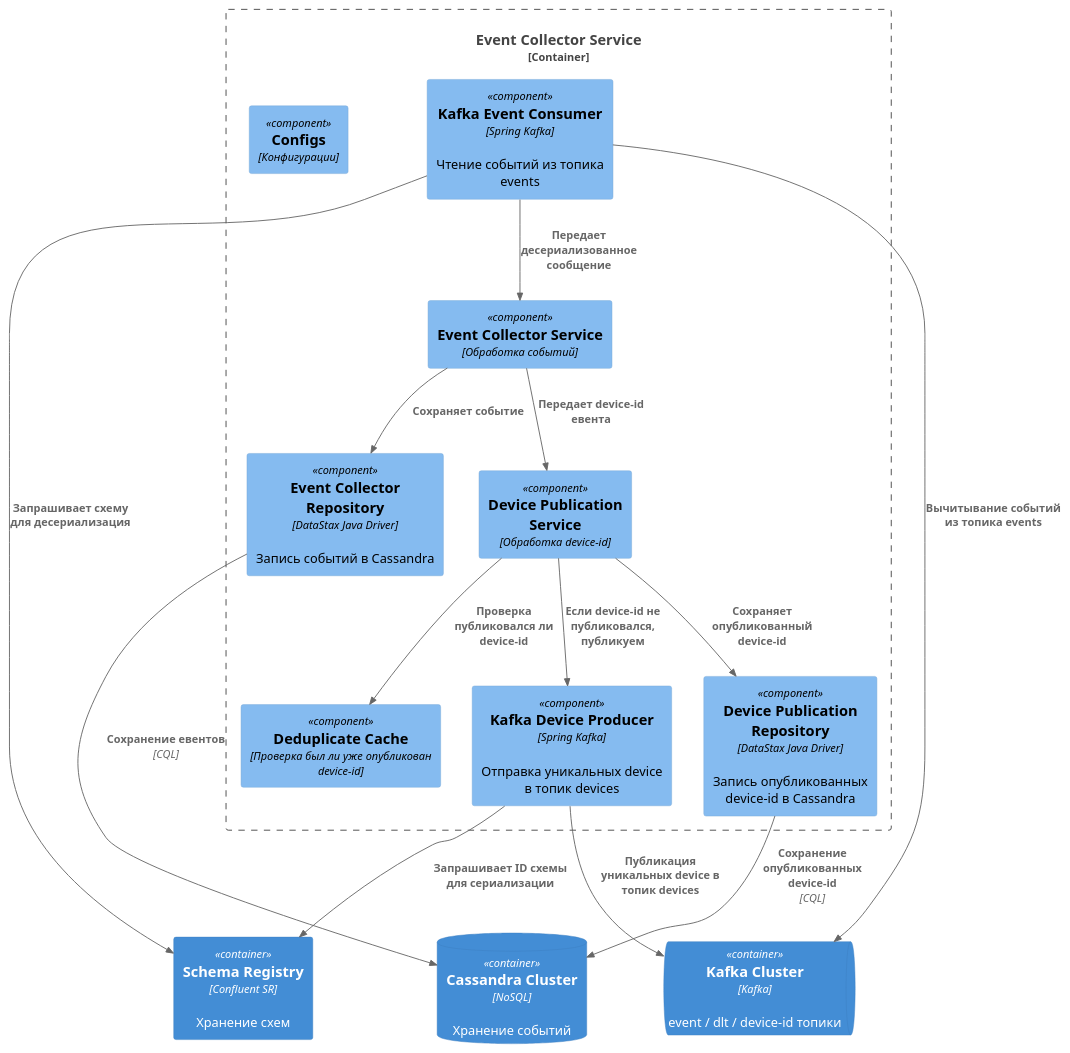
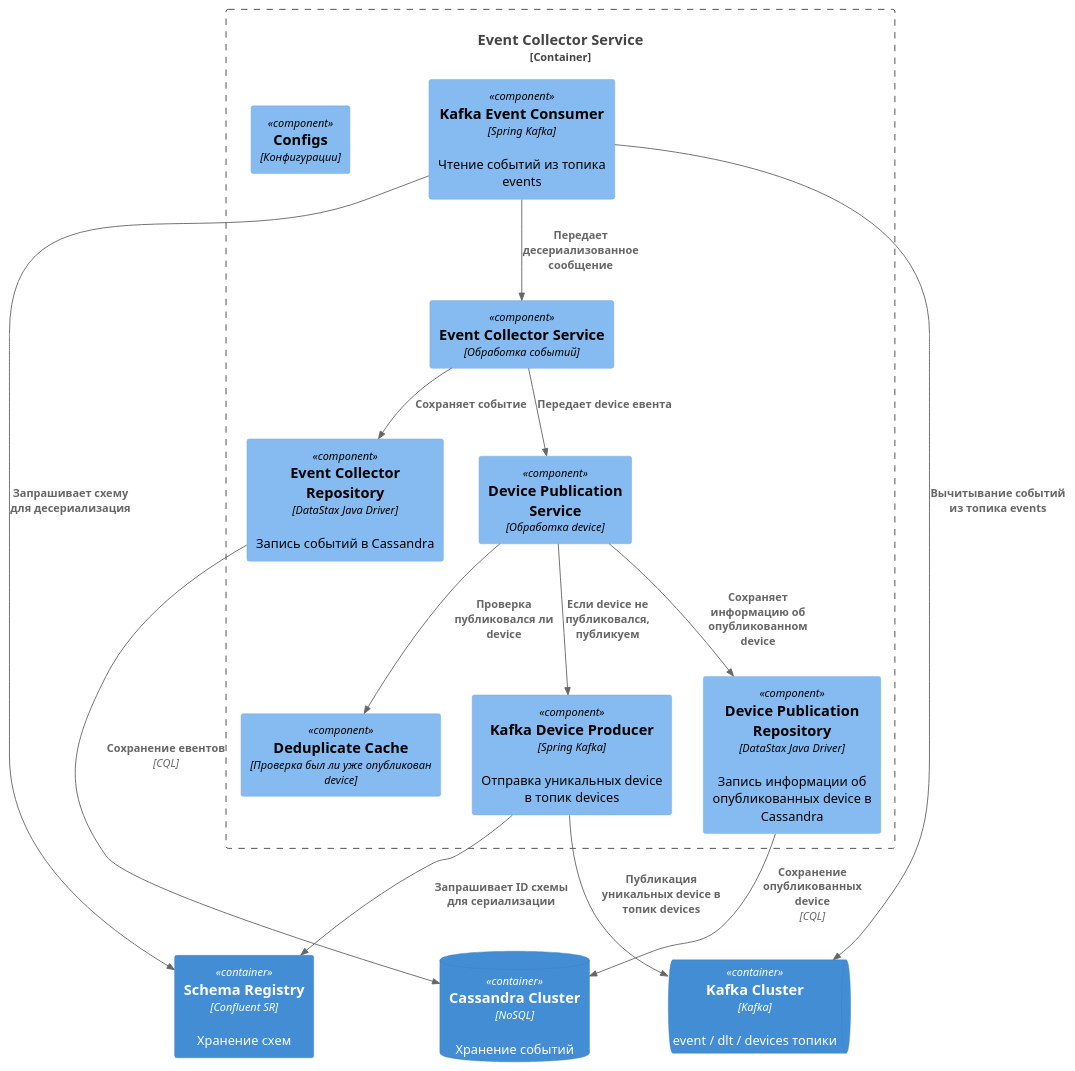
The diagram in event-collector/diagrams/component.puml (SinglePlayer56/iot), drawn with PlantUML before and after one commit.

Commit message:
Update component diagram for event collector service.

```diff
--- a/event-collector/diagrams/component.puml
+++ b/event-collector/diagrams/component.puml
@@ -1,33 +1,33 @@
 @startuml
 !includeurl https://raw.githubusercontent.com/plantuml-stdlib/C4-PlantUML/master/C4_Component.puml
 
 Container_Boundary(event_collector_service, "Event Collector Service") {
     Component(event_service, "Event Collector Service", "Обработка событий")
     Component(event_repo, "Event Collector Repository", "DataStax Java Driver", "Запись событий в Cassandra")
-    Component(dedup_cache, "Deduplicate Cache", "Проверка был ли уже опубликован device-id")
+    Component(dedup_cache, "Deduplicate Cache", "Проверка был ли уже опубликован device")
     Component(kafka_event_consumer, "Kafka Event Consumer", "Spring Kafka", "Чтение событий из топика events")
     Component(kafka_device_id_producer, "Kafka Device Producer", "Spring Kafka", "Отправка уникальных device в топик devices")
-    Component(device_publication_service, "Device Publication Service", "Обработка device-id")
-    Component(device_id_publication_repo, "Device Publication Repository", "DataStax Java Driver", "Запись опубликованных device-id в Cassandra")
+    Component(device_publication_service, "Device Publication Service", "Обработка device")
+    Component(device_id_publication_repo, "Device Publication Repository", "DataStax Java Driver", "Запись информации об опубликованных device в Cassandra")
     Component(configs, "Configs", "Конфигурации")
 
     Rel(kafka_event_consumer, event_service, "Передает десериализованное сообщение")
     Rel(event_service, event_repo, "Сохраняет событие")
-    Rel(event_service, device_publication_service, "Передает device-id евента")
-    Rel(device_publication_service, dedup_cache, "Проверка публиковался ли device-id")
-    Rel(device_publication_service, device_id_publication_repo, "Сохраняет опубликованный device-id")
-    Rel(device_publication_service, kafka_device_id_producer, "Если device-id не публиковался, публикуем")
+    Rel(event_service, device_publication_service, "Передает device евента")
+    Rel(device_publication_service, dedup_cache, "Проверка публиковался ли device")
+    Rel(device_publication_service, device_id_publication_repo, "Сохраняет информацию об опубликованном device")
+    Rel(device_publication_service, kafka_device_id_producer, "Если device не публиковался, публикуем")
 }
 
 ContainerDb(cassandra, "Cassandra Cluster", "NoSQL", "Хранение событий")
-ContainerQueue(kafka, "Kafka Cluster", "Kafka", "event / dlt / device-id топики")
+ContainerQueue(kafka, "Kafka Cluster", "Kafka", "event / dlt / devices топики")
 Container(schema_registry, "Schema Registry", "Confluent SR", "Хранение схем")
 
 Rel(event_repo, cassandra, "Сохранение евентов", "CQL")
-Rel(device_id_publication_repo, cassandra, "Сохранение опубликованных device-id", "CQL")
+Rel(device_id_publication_repo, cassandra, "Сохранение опубликованных device", "CQL")
 Rel(kafka_event_consumer, schema_registry, "Запрашивает схему для десериализация")
 Rel(kafka_device_id_producer, schema_registry, "Запрашивает ID схемы для сериализации")
 Rel(kafka_event_consumer, kafka, "Вычитывание событий из топика events")
 Rel(kafka_device_id_producer, kafka, "Публикация уникальных device в топик devices")
 
 @enduml
```
